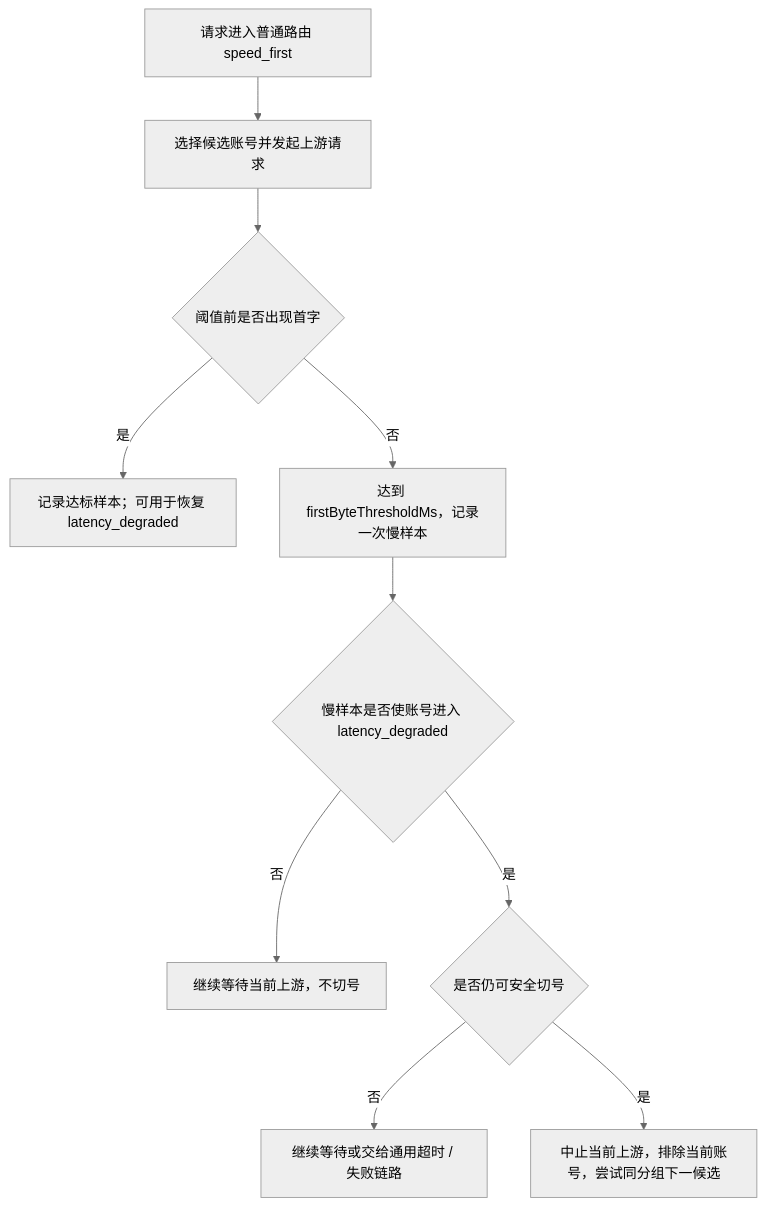
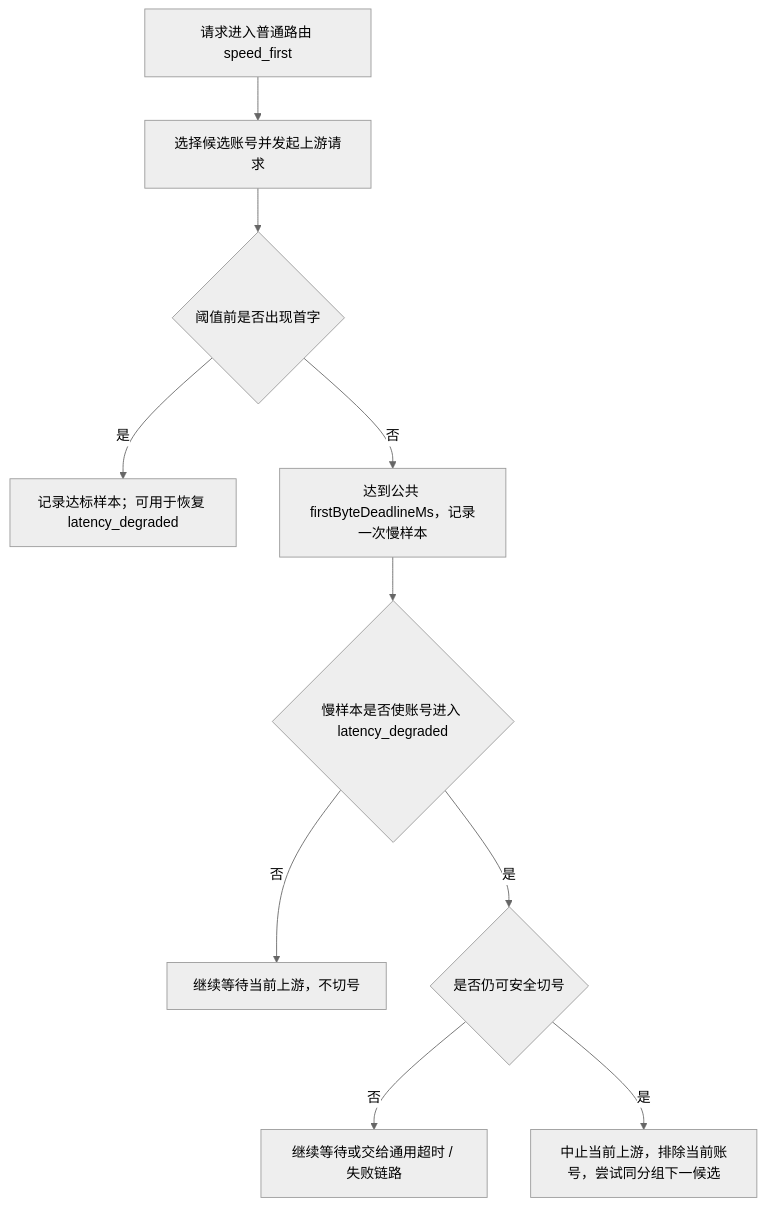
Before and after one commit to huanmin123/juhe-ai: the diagram in docs/functions/普通路由速度优先延迟切换设计.md, drawn with Mermaid (neutral theme). The commit also changed other lines of this file and 93 other files, not shown here.

````diff
--- a/docs/functions/普通路由速度优先延迟切换设计.md
+++ b/docs/functions/普通路由速度优先延迟切换设计.md
@@ -40,12 +41,12 @@
 ```mermaid
 flowchart TD
   A["请求进入普通路由 speed_first"] --> D["选择候选账号并发起上游请求"]
   D --> E{"阈值前是否出现首字"}
   E -- "是" --> F["记录达标样本；可用于恢复 latency_degraded"]
-  E -- "否" --> G["达到 firstByteThresholdMs，记录一次慢样本"]
+  E -- "否" --> G["达到公共 firstByteDeadlineMs，记录一次慢样本"]
   G --> H{"慢样本是否使账号进入 latency_degraded"}
   H -- "否" --> I["继续等待当前上游，不切号"]
   H -- "是" --> J{"是否仍可安全切号"}
   J -- "否" --> K["继续等待或交给通用超时 / 失败链路"]
   J -- "是" --> L["中止当前上游，排除当前账号，尝试同分组下一候选"]
 ```
````
